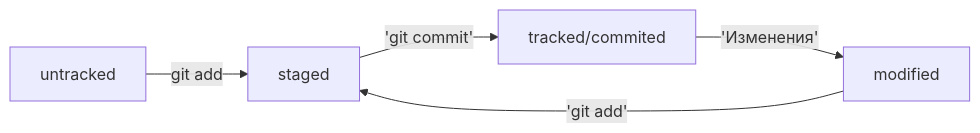
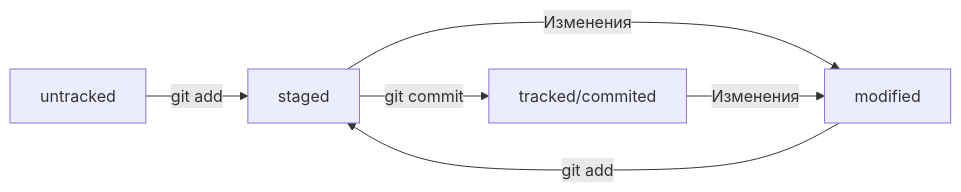
The diagram in README.md (nastya3323/cheat-sheet), drawn with Mermaid before and after one commit.

Commit message:
Исправить кавычки в схеме жизненного цикла файла

````diff
--- a/README.md
+++ b/README.md
@@ -343,7 +343,8 @@
 ```mermaid
 graph LR;
    untracked -- "git add" --> staged;
-   staged -- 'git commit' --> tracked/commited;  	
-   tracked/commited -- 'Изменения' --> modified;
-   modified -- 'git add' --> staged;	
+   staged -- "git commit" --> tracked/commited;  
+   staged -- "Изменения" --> modified; 
+   tracked/commited -- "Изменения" --> modified;
+   modified -- "git add" --> staged;	
 ```
````
